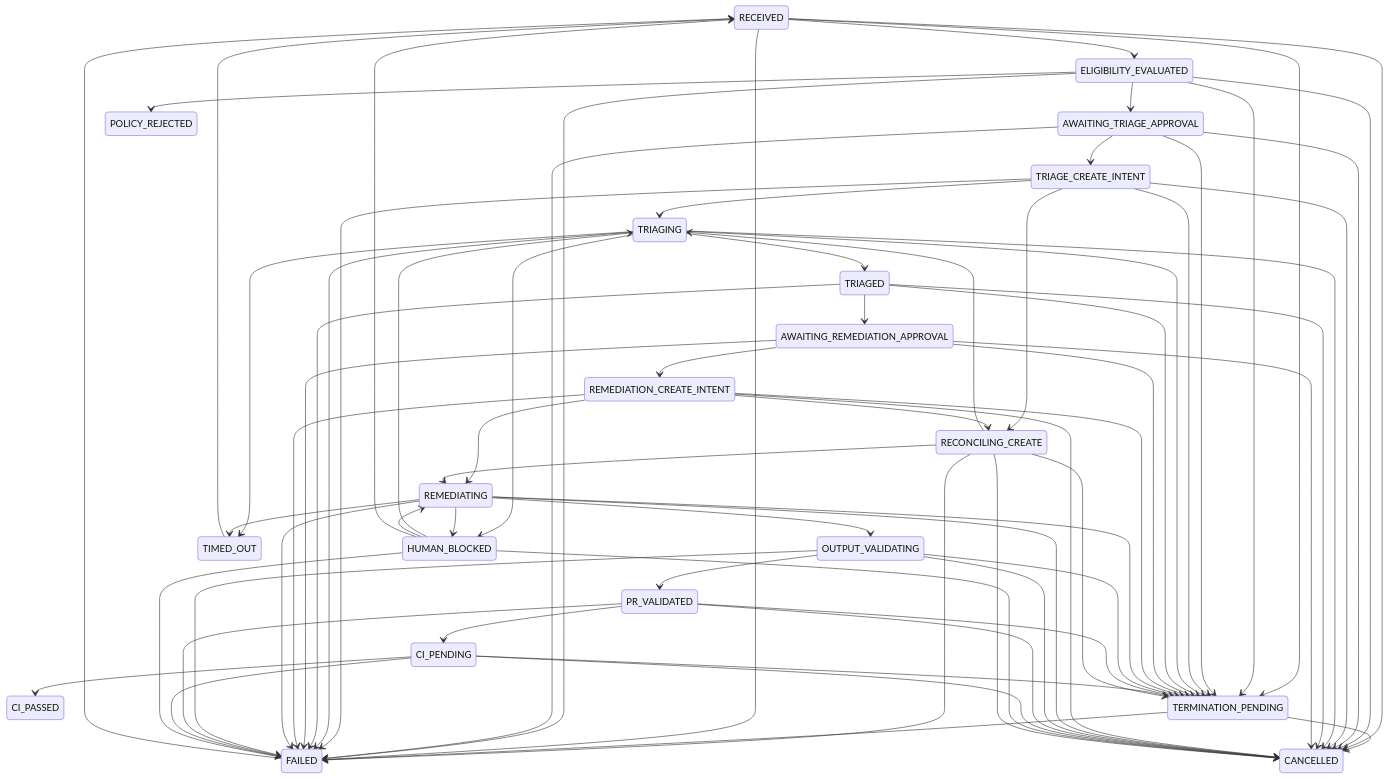
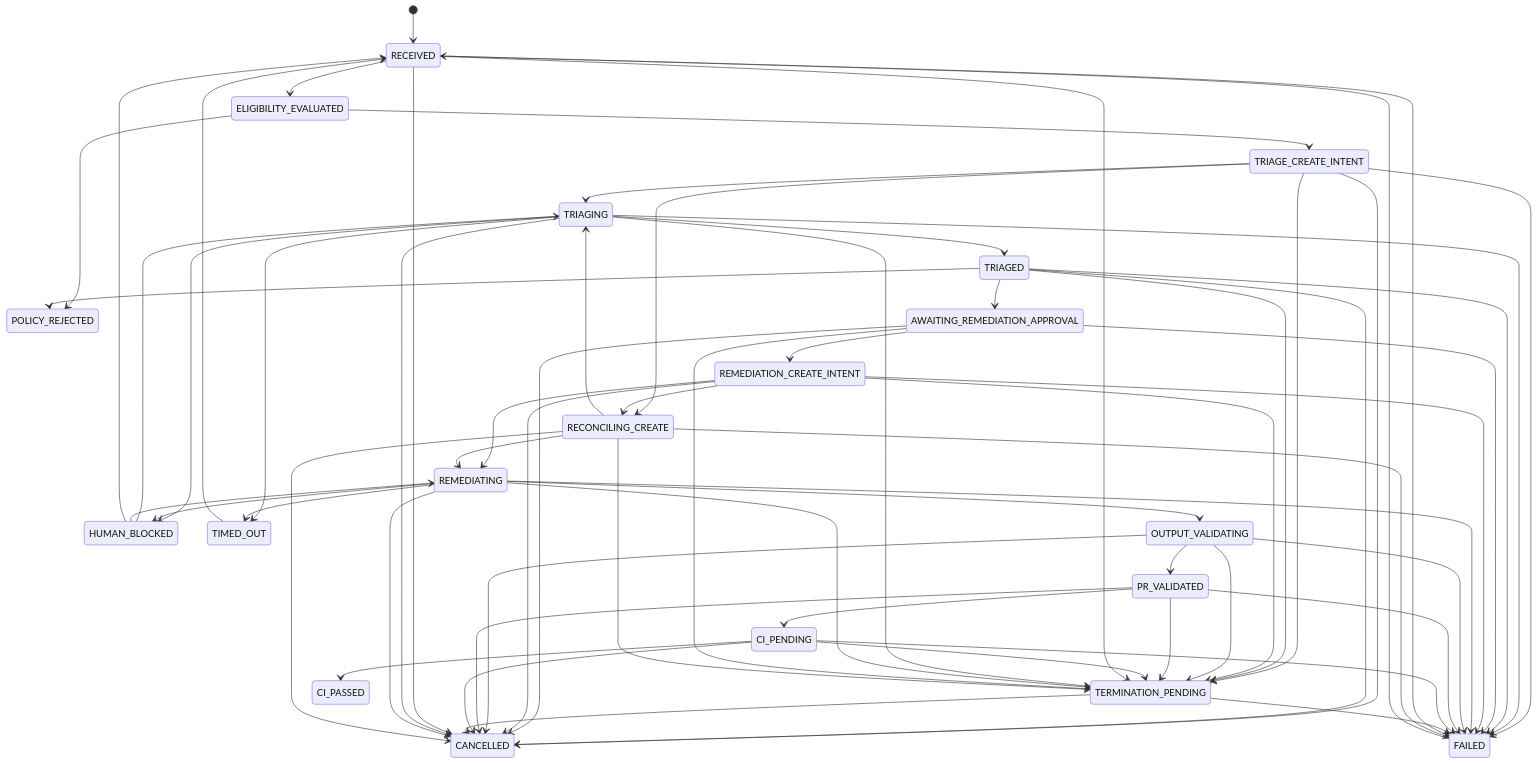
Before and after one commit to marcelaubry/superset-devin-remediator: the second of 2 diagrams in docs/architecture.md, drawn with Mermaid. The commit also changed other lines of this file and 21 other files, not shown here.

Commit message:
Add triage verdict and remediation approval flow

````diff
--- a/docs/architecture.md
+++ b/docs/architecture.md
@@ -37,75 +43,65 @@
 ```mermaid
 stateDiagram-v2
+  [*] --> RECEIVED
   RECEIVED --> ELIGIBILITY_EVALUATED
-  ELIGIBILITY_EVALUATED --> AWAITING_TRIAGE_APPROVAL
   ELIGIBILITY_EVALUATED --> POLICY_REJECTED
-  AWAITING_TRIAGE_APPROVAL --> TRIAGE_CREATE_INTENT
+  ELIGIBILITY_EVALUATED --> TRIAGE_CREATE_INTENT
   TRIAGE_CREATE_INTENT --> TRIAGING
   TRIAGE_CREATE_INTENT --> RECONCILING_CREATE
+  TRIAGE_CREATE_INTENT --> FAILED
+  TRIAGE_CREATE_INTENT --> CANCELLED
+  TRIAGE_CREATE_INTENT --> TERMINATION_PENDING
   TRIAGING --> TRIAGED
+  TRIAGING --> FAILED
   TRIAGING --> HUMAN_BLOCKED
   TRIAGING --> TIMED_OUT
+  TRIAGED --> POLICY_REJECTED
   TRIAGED --> AWAITING_REMEDIATION_APPROVAL
+  TRIAGED --> FAILED
+  TRIAGED --> CANCELLED
+  TRIAGED --> TERMINATION_PENDING
   AWAITING_REMEDIATION_APPROVAL --> REMEDIATION_CREATE_INTENT
+  AWAITING_REMEDIATION_APPROVAL --> CANCELLED
+  AWAITING_REMEDIATION_APPROVAL --> FAILED
   REMEDIATION_CREATE_INTENT --> REMEDIATING
   REMEDIATION_CREATE_INTENT --> RECONCILING_CREATE
+  REMEDIATION_CREATE_INTENT --> FAILED
+  REMEDIATION_CREATE_INTENT --> CANCELLED
+  REMEDIATION_CREATE_INTENT --> TERMINATION_PENDING
   REMEDIATING --> OUTPUT_VALIDATING
+  REMEDIATING --> FAILED
   REMEDIATING --> HUMAN_BLOCKED
   REMEDIATING --> TIMED_OUT
   OUTPUT_VALIDATING --> PR_VALIDATED
+  OUTPUT_VALIDATING --> FAILED
+  OUTPUT_VALIDATING --> CANCELLED
+  OUTPUT_VALIDATING --> TERMINATION_PENDING
   PR_VALIDATED --> CI_PENDING
+  PR_VALIDATED --> FAILED
+  PR_VALIDATED --> CANCELLED
+  PR_VALIDATED --> TERMINATION_PENDING
   CI_PENDING --> CI_PASSED
-  RECONCILING_CREATE --> TRIAGING
-  RECONCILING_CREATE --> REMEDIATING
-  RECONCILING_CREATE --> FAILED
-  TERMINATION_PENDING --> CANCELLED
-  TERMINATION_PENDING --> FAILED
+  CI_PENDING --> FAILED
+  CI_PENDING --> CANCELLED
+  CI_PENDING --> TERMINATION_PENDING
   HUMAN_BLOCKED --> TRIAGING
   HUMAN_BLOCKED --> REMEDIATING
   HUMAN_BLOCKED --> RECEIVED
   FAILED --> RECEIVED
   TIMED_OUT --> RECEIVED
+  TERMINATION_PENDING --> CANCELLED
+  TERMINATION_PENDING --> FAILED
+  RECEIVED --> CANCELLED
   RECEIVED --> FAILED
-  RECEIVED --> CANCELLED
   RECEIVED --> TERMINATION_PENDING
-  ELIGIBILITY_EVALUATED --> FAILED
-  ELIGIBILITY_EVALUATED --> CANCELLED
-  ELIGIBILITY_EVALUATED --> TERMINATION_PENDING
-  AWAITING_TRIAGE_APPROVAL --> FAILED
-  AWAITING_TRIAGE_APPROVAL --> CANCELLED
-  AWAITING_TRIAGE_APPROVAL --> TERMINATION_PENDING
-  TRIAGE_CREATE_INTENT --> FAILED
-  TRIAGE_CREATE_INTENT --> CANCELLED
-  TRIAGE_CREATE_INTENT --> TERMINATION_PENDING
-  TRIAGING --> FAILED
   TRIAGING --> CANCELLED
   TRIAGING --> TERMINATION_PENDING
-  TRIAGED --> FAILED
-  TRIAGED --> CANCELLED
-  TRIAGED --> TERMINATION_PENDING
-  AWAITING_REMEDIATION_APPROVAL --> FAILED
-  AWAITING_REMEDIATION_APPROVAL --> CANCELLED
-  AWAITING_REMEDIATION_APPROVAL --> TERMINATION_PENDING
-  REMEDIATION_CREATE_INTENT --> FAILED
-  REMEDIATION_CREATE_INTENT --> CANCELLED
-  REMEDIATION_CREATE_INTENT --> TERMINATION_PENDING
-  REMEDIATING --> FAILED
   REMEDIATING --> CANCELLED
   REMEDIATING --> TERMINATION_PENDING
-  OUTPUT_VALIDATING --> FAILED
-  OUTPUT_VALIDATING --> CANCELLED
-  OUTPUT_VALIDATING --> TERMINATION_PENDING
-  PR_VALIDATED --> FAILED
-  PR_VALIDATED --> CANCELLED
-  PR_VALIDATED --> TERMINATION_PENDING
-  CI_PENDING --> FAILED
-  CI_PENDING --> CANCELLED
-  CI_PENDING --> TERMINATION_PENDING
-  HUMAN_BLOCKED --> FAILED
-  HUMAN_BLOCKED --> CANCELLED
+  AWAITING_REMEDIATION_APPROVAL --> TERMINATION_PENDING
+  RECONCILING_CREATE --> TRIAGING
+  RECONCILING_CREATE --> REMEDIATING
+  RECONCILING_CREATE --> FAILED
   RECONCILING_CREATE --> CANCELLED
   RECONCILING_CREATE --> TERMINATION_PENDING
-  CI_PASSED
-  POLICY_REJECTED
-  CANCELLED
 ```
````
